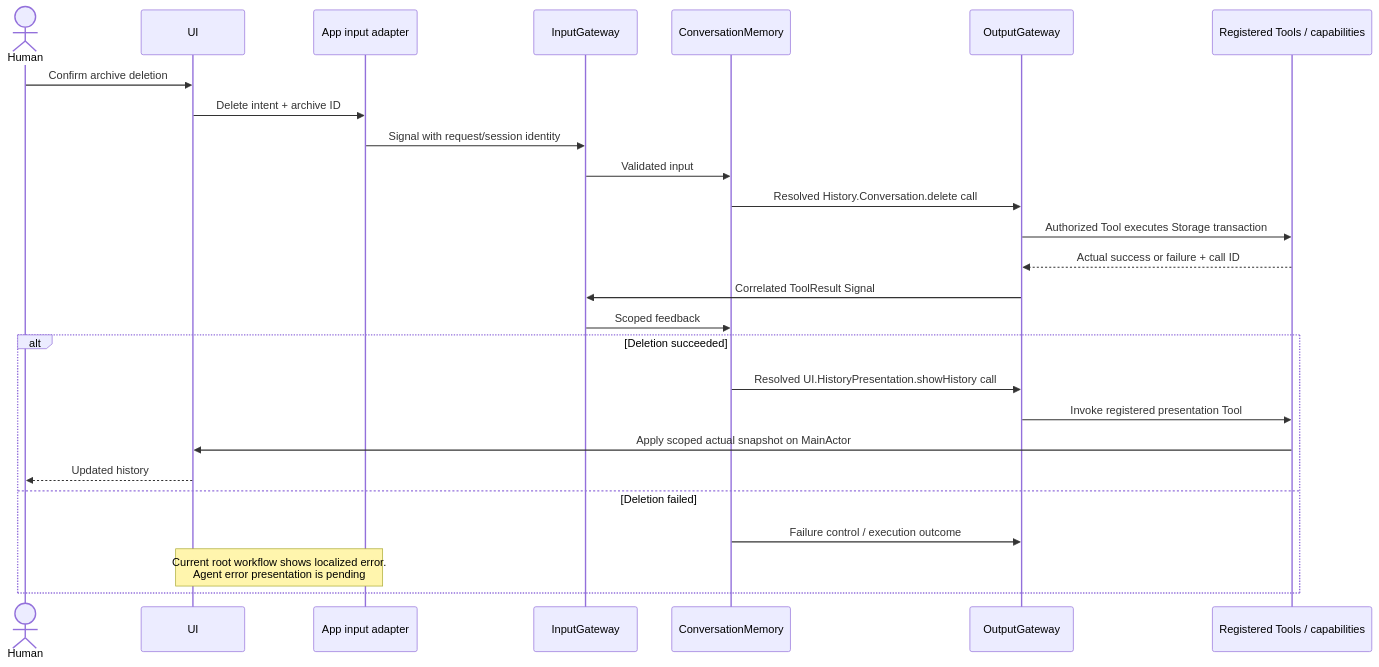
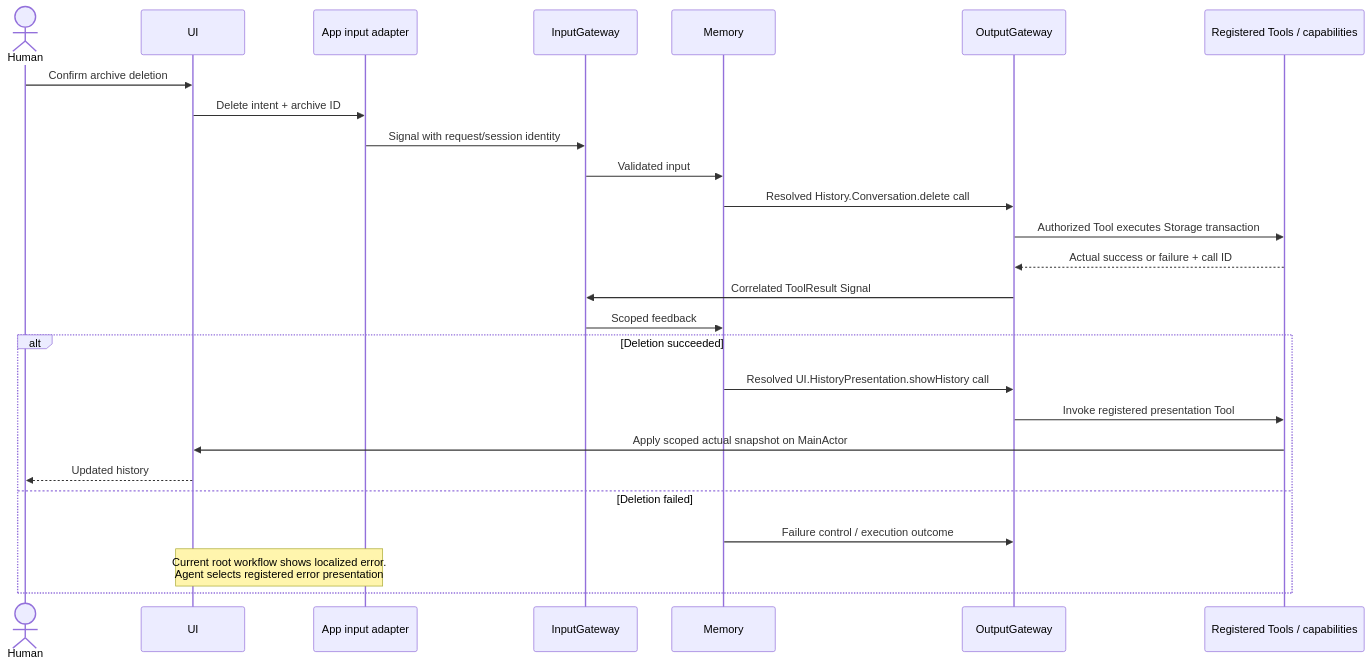
One commit to devilyouwei/MobileHarness changed diagram 18 of 29 in MobileHarness/README.md. Above: the diagram before and after it, drawn with Mermaid. The commit also changed other lines of this file and 201 other files, not shown here.

````diff
--- a/MobileHarness/README.md
+++ b/MobileHarness/README.md
@@ -999,28 +1033,28 @@
 ```mermaid
 sequenceDiagram
     actor Human
     participant UI
     participant App as App input adapter
     participant Input as InputGateway
-    participant Agent as ConversationMemory
+    participant Agent as Memory
     participant Output as OutputGateway
     participant Effects as Registered Tools / capabilities
     Human->>UI: Confirm archive deletion
     UI->>App: Delete intent + archive ID
     App->>Input: Signal with request/session identity
     Input->>Agent: Validated input
     Agent->>Output: Resolved History.Conversation.delete call
     Output->>Effects: Authorized Tool executes Storage transaction
     Effects-->>Output: Actual success or failure + call ID
     Output->>Input: Correlated ToolResult Signal
     Input->>Agent: Scoped feedback
     alt Deletion succeeded
         Agent->>Output: Resolved UI.HistoryPresentation.showHistory call
         Output->>Effects: Invoke registered presentation Tool
         Effects->>UI: Apply scoped actual snapshot on MainActor
         UI-->>Human: Updated history
     else Deletion failed
         Agent->>Output: Failure control / execution outcome
-        Note over App,UI: Current root workflow shows localized error.<br/>Agent error presentation is pending
+        Note over App,UI: Current root workflow shows localized error.<br/>Agent selects registered error presentation
     end
 ```
````
